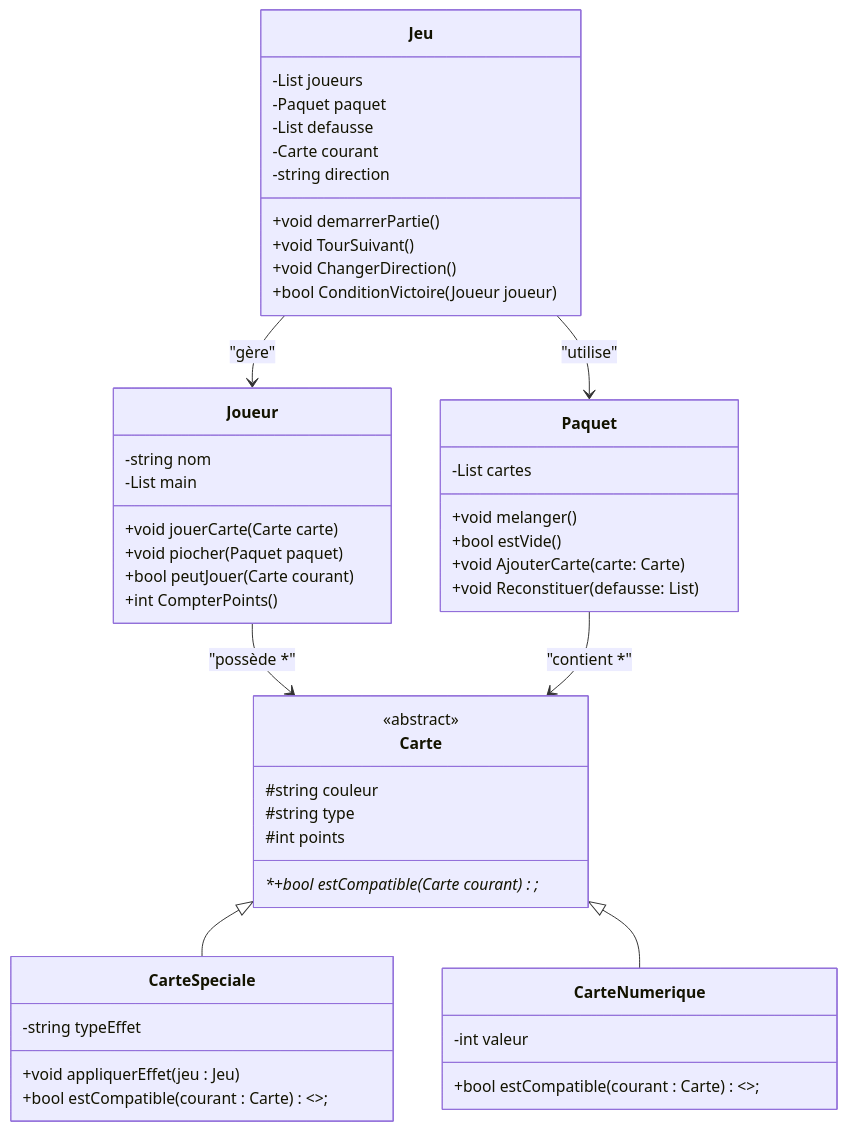
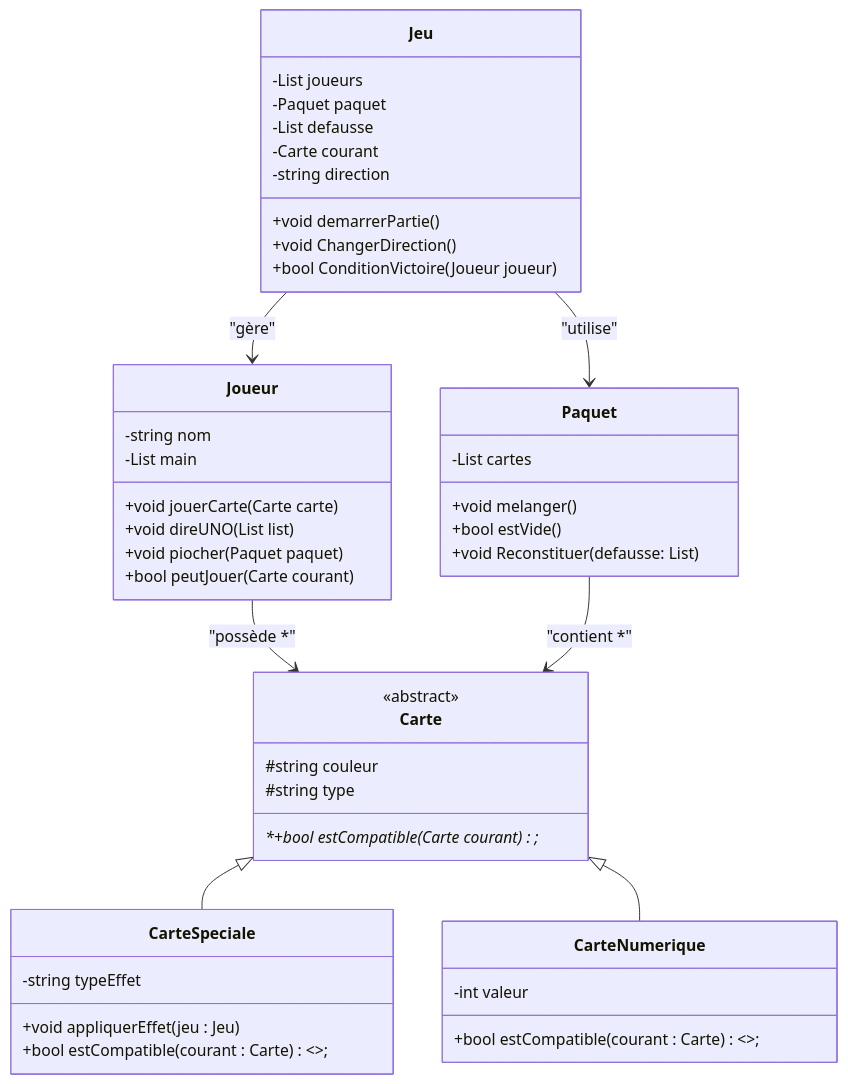
Before and after one commit to Lil-Code30/uno-game: the diagram in README.md, drawn with Mermaid. The commit also changed 1 other file, not shown here.

Commit message:
Update UNO game structure and class diagram
Instantiates Jeu in Program.cs and updates the class diagram in README.md to reflect changes in method signatures and class attributes, removing unused methods and properties and adding new ones for clarity.

````diff
--- a/README.md
+++ b/README.md
@@ -26,63 +26,60 @@
 ```mermaid
 classDiagram
     class Jeu {
         -List<Joueur> joueurs
         -Paquet paquet
         -List<Carte> defausse
         -Carte courant
         -string direction
 
         +void demarrerPartie() 
-        +void TourSuivant()
         +void ChangerDirection()
         +bool ConditionVictoire(Joueur joueur )
     }
 
     class Joueur {
         -string nom 
         -List<Carte> main 
 
         +void jouerCarte(Carte carte) 
+        +void direUNO(List<Carte> list)
         +void piocher(Paquet paquet) 
         +bool peutJouer(Carte courant) 
-        +int CompterPoints()
     }
 
     class Paquet {
         -List<Carte> cartes
 
         +void melanger()
         +bool estVide()
-        +void AjouterCarte(carte: Carte)
         +void Reconstituer(defausse: List<Carte>)
     }
 
     class Carte {
         <<abstract>>
         #string couleur 
         #string type 
-        #int points 
 
         *+bool estCompatible(Carte courant )*;
     }
 
     class CarteSpeciale {
         -string typeEffet
 
         +void appliquerEffet(jeu : Jeu)
         +bool estCompatible(courant : Carte) <<override>>;
     }
 
     class CarteNumerique {
         -int valeur
 
         +bool estCompatible(courant : Carte) <<override>>;
     }
 
     Jeu --> Joueur : "gère"
     Jeu --> Paquet : "utilise"
     Joueur --> Carte : "possède *"
     Paquet --> Carte : "contient *"
     Carte <|-- CarteSpeciale
     Carte <|-- CarteNumerique
 ```
````
